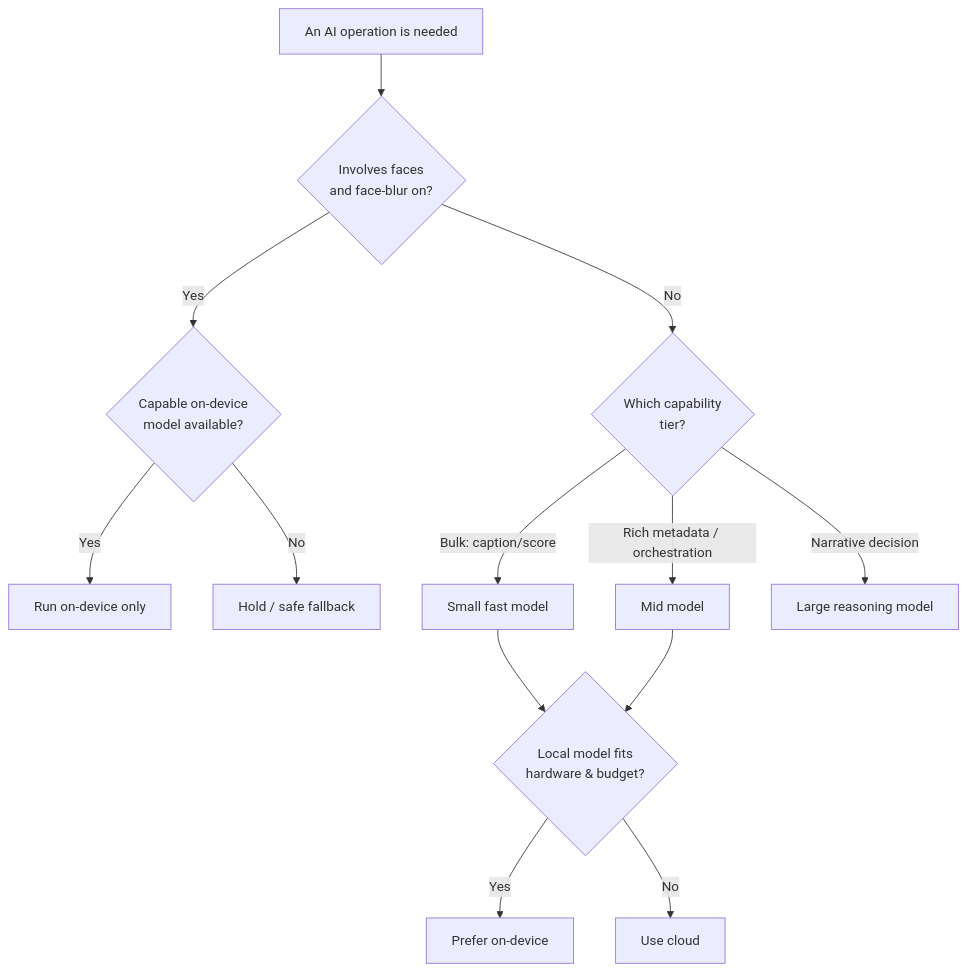
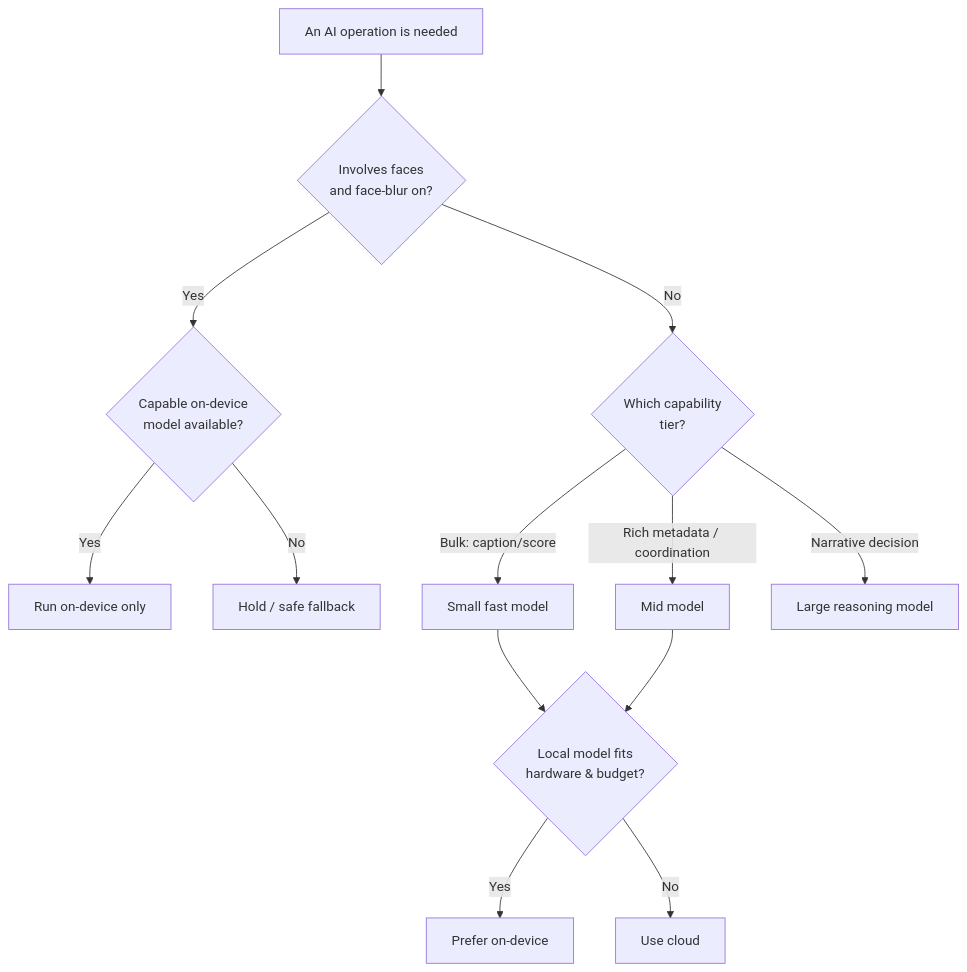
Before and after one commit to khoks/impact-crater: the fourth of 5 diagrams in docs/OVERVIEW.md, drawn with Mermaid. The commit also changed other lines of this file and 9 other files, not shown here.

````diff
--- a/docs/OVERVIEW.md
+++ b/docs/OVERVIEW.md
@@ -351,15 +360,15 @@
 ```mermaid
 flowchart TD
     OP[An AI operation is needed] --> PRIV{Involves faces<br/>and face-blur on?}
     PRIV -->|Yes| LOCALOK{Capable on-device<br/>model available?}
     LOCALOK -->|Yes| LOCAL[Run on-device only]
     LOCALOK -->|No| DEGRADE[Hold / safe fallback]
     PRIV -->|No| TIER{Which capability<br/>tier?}
     TIER -->|Bulk: caption/score| SMALL[Small fast model]
-    TIER -->|Rich metadata / orchestration| MED[Mid model]
+    TIER -->|Rich metadata / coordination| MED[Mid model]
     TIER -->|Narrative decision| LARGE[Large reasoning model]
     SMALL --> HW{Local model fits<br/>hardware & budget?}
     MED --> HW
     HW -->|Yes| RUNLOCAL[Prefer on-device]
     HW -->|No| RUNCLOUD[Use cloud]
 ```
````
